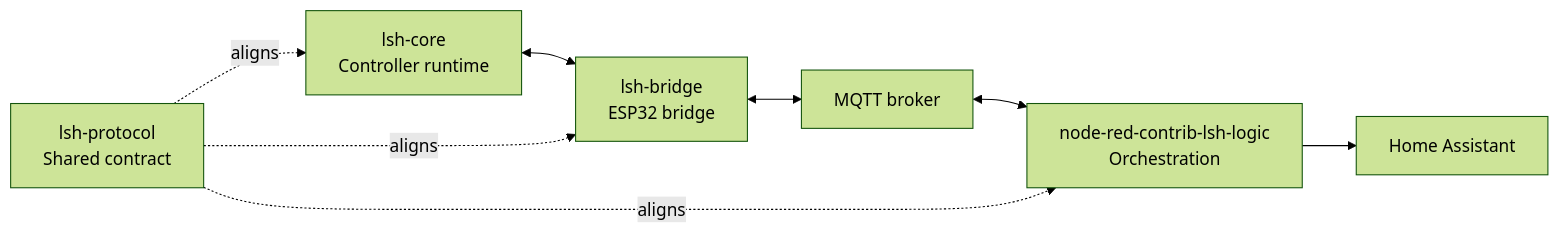
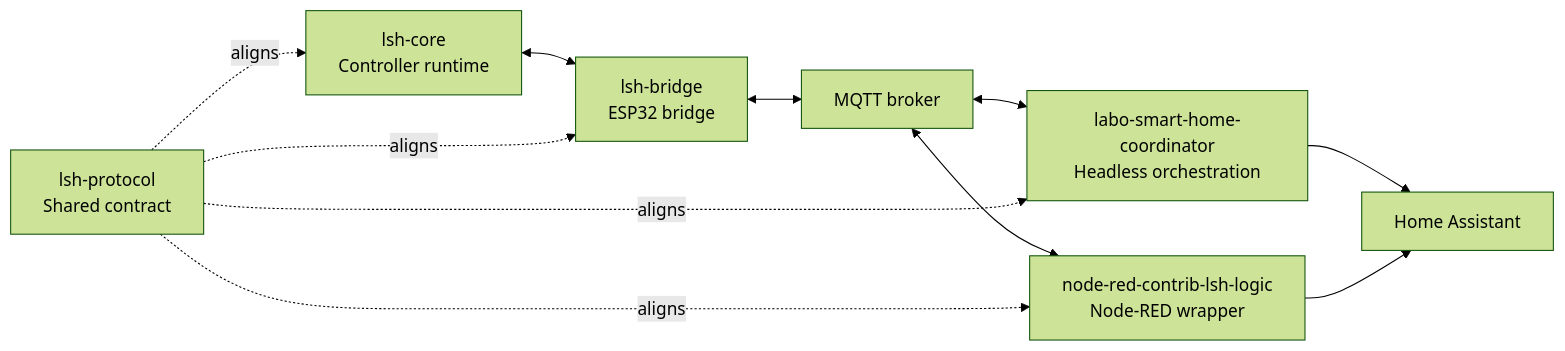
One commit to labodj/labo-smart-home changed the diagram in GETTING_STARTED.md. Above: the diagram before and after it, drawn with Mermaid (forest theme). The commit also changed other lines of this file and 6 other files, not shown here.

Commit message:
docs: document standalone LSH coordinator

````diff
--- a/GETTING_STARTED.md
+++ b/GETTING_STARTED.md
@@ -32,10 +32,13 @@
 ```mermaid
 graph LR
   Core["lsh-core<br/>Controller runtime"] <--> Bridge["lsh-bridge<br/>ESP32 bridge"]
   Bridge <--> Broker["MQTT broker"]
-  Broker <--> Logic["node-red-contrib-lsh-logic<br/>Orchestration"]
+  Broker <--> Logic["labo-smart-home-coordinator<br/>Headless orchestration"]
+  Broker <--> NodeRed["node-red-contrib-lsh-logic<br/>Node-RED wrapper"]
   Logic --> HA["Home Assistant"]
+  NodeRed --> HA
   Protocol["lsh-protocol<br/>Shared contract"] -. aligns .-> Core
   Protocol -. aligns .-> Bridge
   Protocol -. aligns .-> Logic
+  Protocol -. aligns .-> NodeRed
 ```
````
